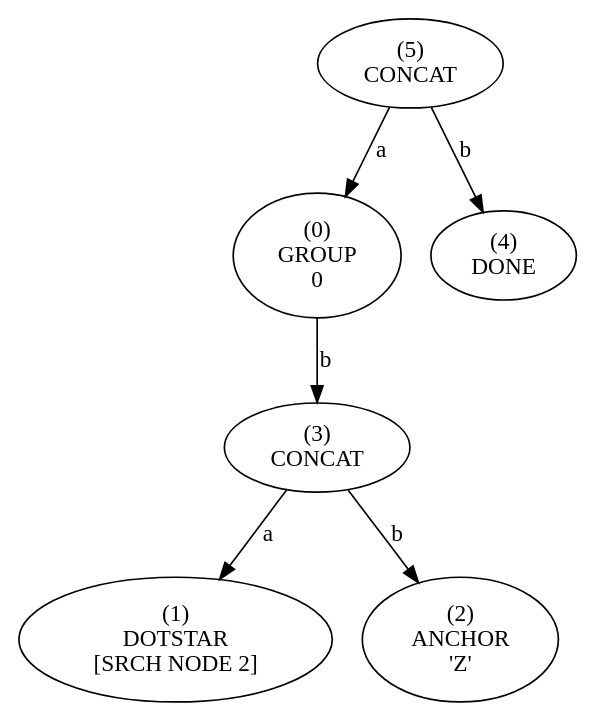
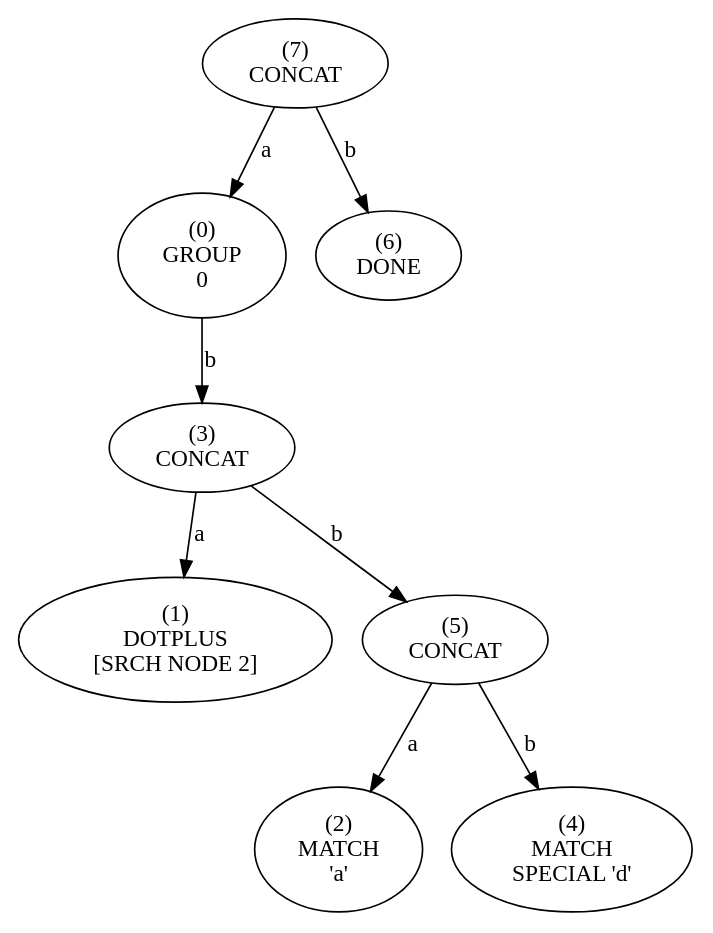
One commit to essele/rele changed the diagram in tree/lee.dot. Above: the diagram before and after it, drawn with Graphviz. The commit also changed 7 other files, not shown here.

```diff
--- a/tree/lee.dot
+++ b/tree/lee.dot
@@ -1,25 +1,33 @@
 digraph tree {
-    n0xc07a5c0fa380 [label="(5)
+    n0xca44ed1973c0 [label="(7)
 CONCAT
 "];
-    n0xc07a5c0fa380 -> n0xc07a5c0fa2e0 [label="a"];
-    n0xc07a5c0fa2e0 [label="(0)
+    n0xca44ed1973c0 -> n0xca44ed1972e0 [label="a"];
+    n0xca44ed1972e0 [label="(0)
 GROUP
 0"];
-    n0xc07a5c0fa2e0 -> n0xc07a5c0fa340 [label="b"];
-    n0xc07a5c0fa340 [label="(3)
+    n0xca44ed1972e0 -> n0xca44ed197340 [label="b"];
+    n0xca44ed197340 [label="(3)
 CONCAT
 "];
-    n0xc07a5c0fa340 -> n0xc07a5c0fa300 [label="a"];
-    n0xc07a5c0fa300 [label="(1)
-DOTSTAR
+    n0xca44ed197340 -> n0xca44ed197300 [label="a"];
+    n0xca44ed197300 [label="(1)
+DOTPLUS
 [SRCH NODE 2]"];
-    n0xc07a5c0fa340 -> n0xc07a5c0fa320 [label="b"];
-    n0xc07a5c0fa320 [label="(2)
-ANCHOR
-'Z'"];
-    n0xc07a5c0fa380 -> n0xc07a5c0fa360 [label="b"];
-    n0xc07a5c0fa360 [label="(4)
+    n0xca44ed197340 -> n0xca44ed197380 [label="b"];
+    n0xca44ed197380 [label="(5)
+CONCAT
+"];
+    n0xca44ed197380 -> n0xca44ed197320 [label="a"];
+    n0xca44ed197320 [label="(2)
+MATCH
+'a'"];
+    n0xca44ed197380 -> n0xca44ed197360 [label="b"];
+    n0xca44ed197360 [label="(4)
+MATCH
+SPECIAL 'd'"];
+    n0xca44ed1973c0 -> n0xca44ed1973a0 [label="b"];
+    n0xca44ed1973a0 [label="(6)
 DONE
 "];
 }
```
